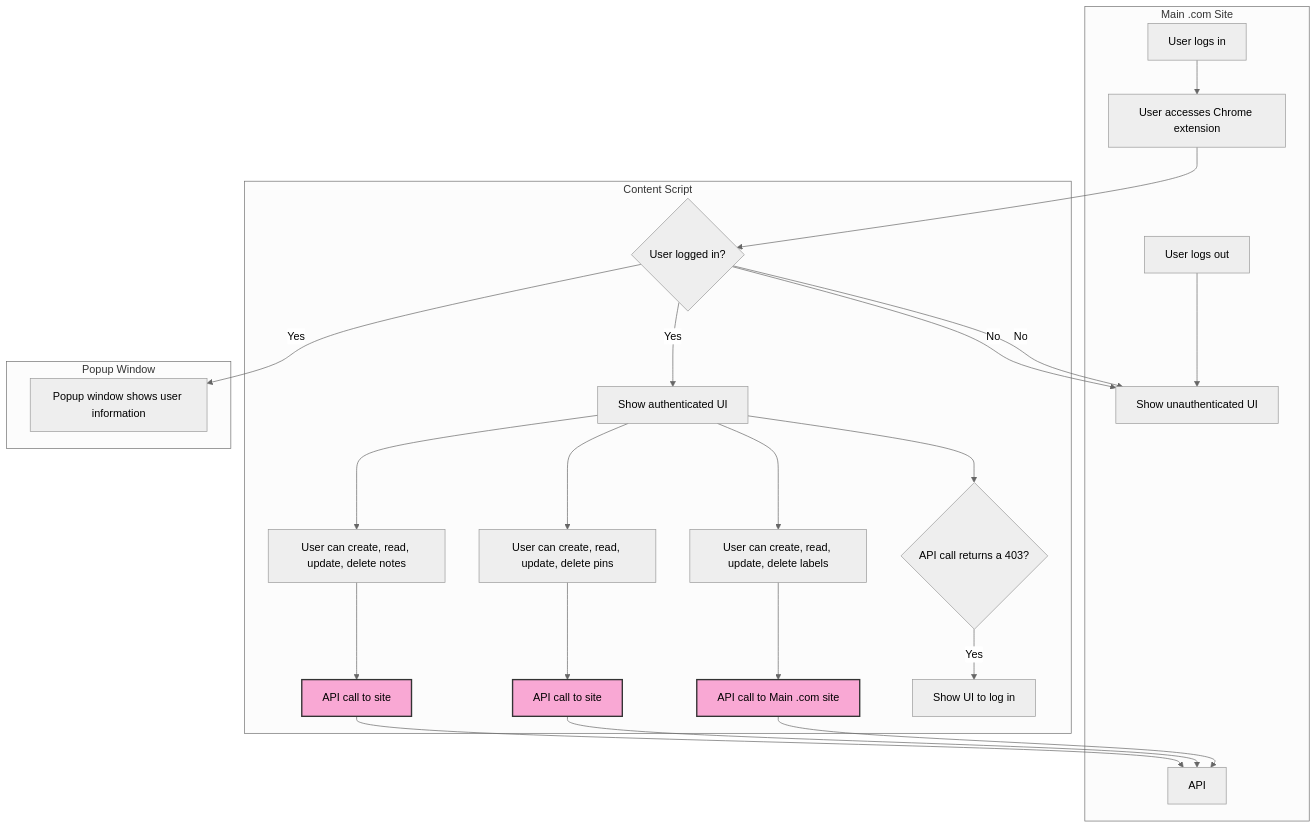
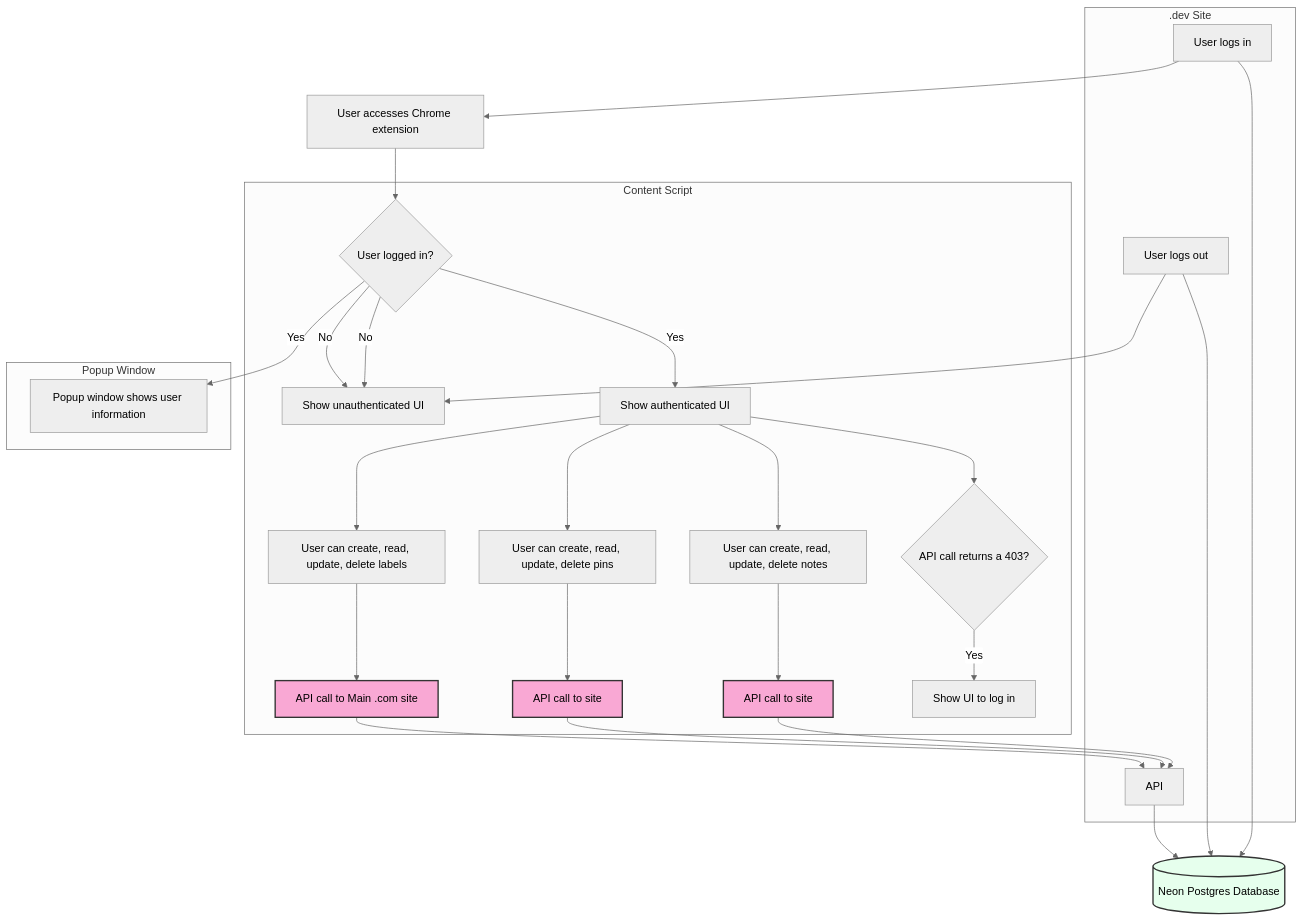
One commit to siegerts/dossi-ext changed the first of 2 diagrams in README.md. Above: the diagram before and after it, drawn with Mermaid (neutral theme).

Commit message:
update diagram

````diff
--- a/README.md
+++ b/README.md
@@ -62,35 +60,45 @@
 ```mermaid
 graph TB
-    subgraph "Main .com Site"
-        A[User logs in] --> B[User accesses Chrome extension]
-        L[User logs out] --> M[Show unauthenticated UI]
+    subgraph ".dev Site"
+        A[User logs in]
+        L[User logs out]
         P[API]
     end
 
+
+    A[User logs in] --> DB[(Neon Postgres Database)]
+    L[User logs out] --> DB[(Neon Postgres Database)]
+    P[API] --> DB[(Neon Postgres Database)]
+
+
     B --> C{User logged in?}
+    A --> B[User accesses Chrome extension]
+    L --> M[Show unauthenticated UI]
 
     subgraph "Content Script"
         C -->|Yes| D["Show authenticated UI"]
         D --> E["User can create, read, update, delete notes"]
         E --> Z["API call to site"]
         Z --> P
         D --> F[User can create, read, update, delete pins]
         F --> Y["API call to site"]
         Y --> P
         D --> G["User can create, read, update, delete labels"]
         G --> X["API call to Main .com site"]
         X --> P
         D --> H{"API call returns a 403?"}
         H -->|Yes| I[Show UI to log in]
         C -->|No| M
     end
 
     subgraph "Popup Window"
         C -->|Yes| K[Popup window shows user information]
         C -->|No| M
     end
 
     style Z fill:#f9a8d4,stroke:#333,stroke-width:2px
     style Y fill:#f9a8d4,stroke:#333,stroke-width:2px
     style X fill:#f9a8d4,stroke:#333,stroke-width:2px
+    style DB fill:#e6ffed, stroke:#333, stroke-width:2px
+
 ```
````
